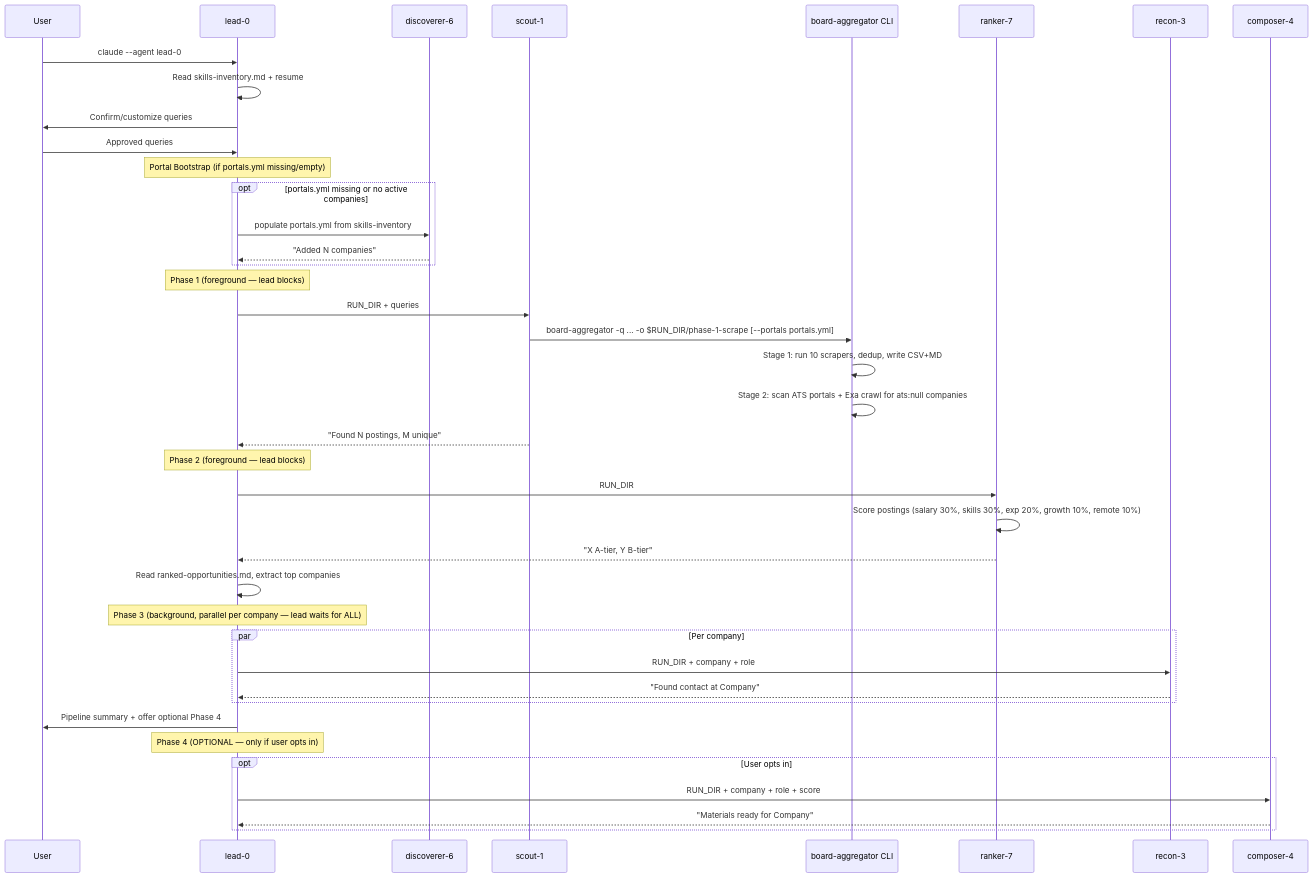
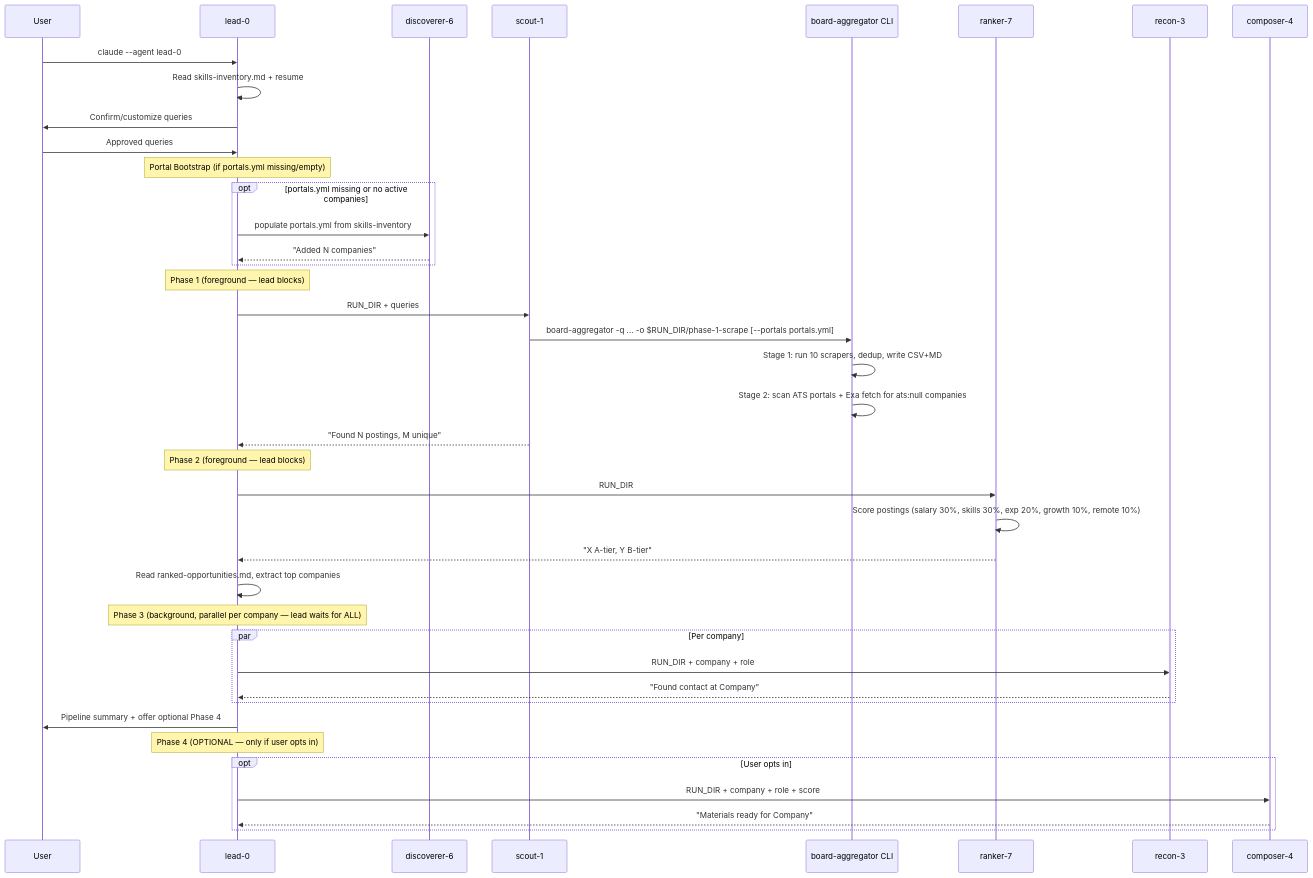
The second of 2 diagrams in docs/CODEBASE_MAP.md (0xquinto/dossier), drawn with Mermaid before and after one commit. The commit also changed other lines of this file and 11 other files, not shown here.

````diff
--- a/docs/CODEBASE_MAP.md
+++ b/docs/CODEBASE_MAP.md
@@ -362,49 +359,49 @@
 ```mermaid
 sequenceDiagram
     participant User
     participant Lead as lead-0
     participant Disc as discoverer-6
     participant Scout as scout-1
     participant BA as board-aggregator CLI
     participant Ranker as ranker-7
     participant Recon as recon-3
     participant Composer as composer-4
 
     User->>Lead: claude --agent lead-0
     Lead->>Lead: Read skills-inventory.md + resume
     Lead->>User: Confirm/customize queries
     User->>Lead: Approved queries
 
     Note over Lead: Portal Bootstrap (if portals.yml missing/empty)
     opt portals.yml missing or no active companies
         Lead->>Disc: populate portals.yml from skills-inventory
         Disc-->>Lead: "Added N companies"
     end
 
     Note over Lead: Phase 1 (foreground — lead blocks)
     Lead->>Scout: RUN_DIR + queries
     Scout->>BA: board-aggregator -q ... -o $RUN_DIR/phase-1-scrape [--portals portals.yml]
     BA->>BA: Stage 1: run 10 scrapers, dedup, write CSV+MD
-    BA->>BA: Stage 2: scan ATS portals + Exa crawl for ats:null companies
+    BA->>BA: Stage 2: scan ATS portals + Exa fetch for ats:null companies
     Scout-->>Lead: "Found N postings, M unique"
 
     Note over Lead: Phase 2 (foreground — lead blocks)
     Lead->>Ranker: RUN_DIR
     Ranker->>Ranker: Score postings (salary 30%, skills 30%, exp 20%, growth 10%, remote 10%)
     Ranker-->>Lead: "X A-tier, Y B-tier"
     Lead->>Lead: Read ranked-opportunities.md, extract top companies
 
     Note over Lead: Phase 3 (background, parallel per company — lead waits for ALL)
     par Per company
         Lead->>Recon: RUN_DIR + company + role
         Recon-->>Lead: "Found contact at Company"
     end
 
     Lead->>User: Pipeline summary + offer optional Phase 4
 
     Note over Lead: Phase 4 (OPTIONAL — only if user opts in)
     opt User opts in
         Lead->>Composer: RUN_DIR + company + role + score
         Composer-->>Lead: "Materials ready for Company"
     end
 ```
````
